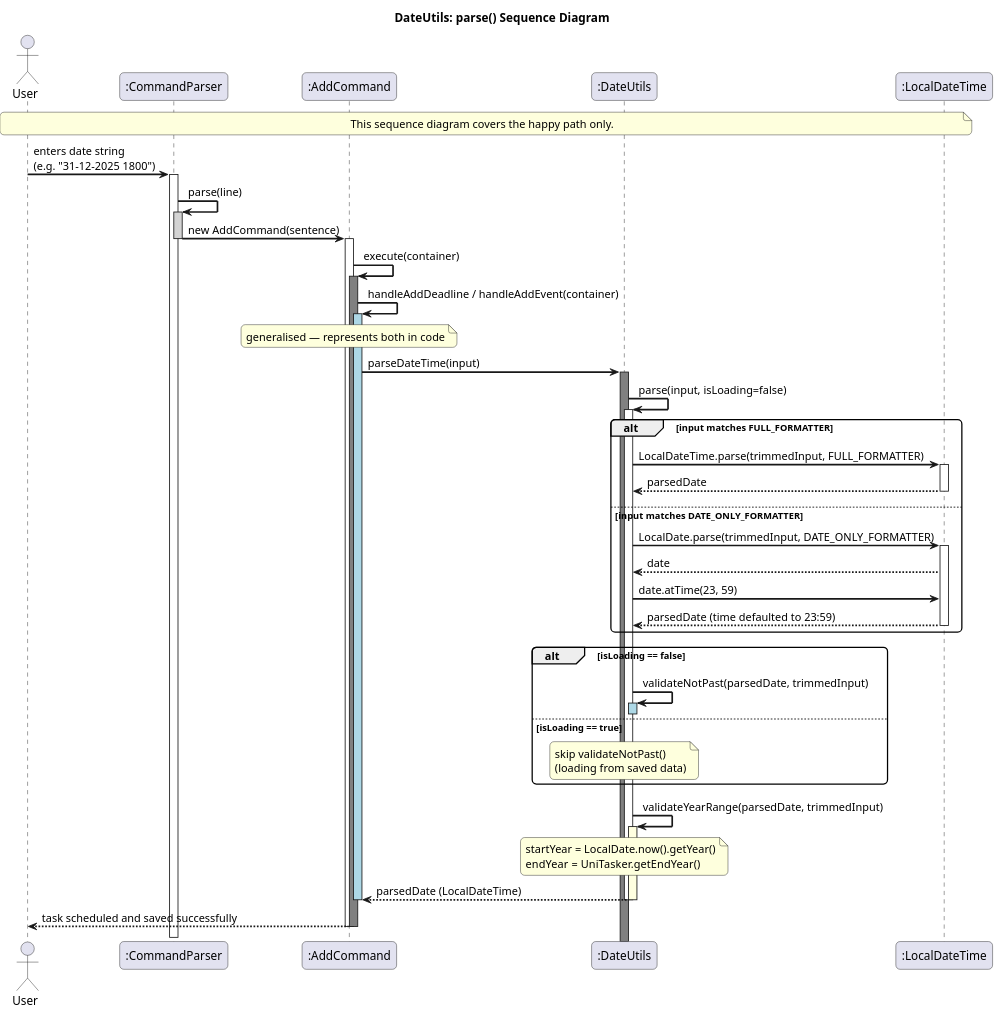
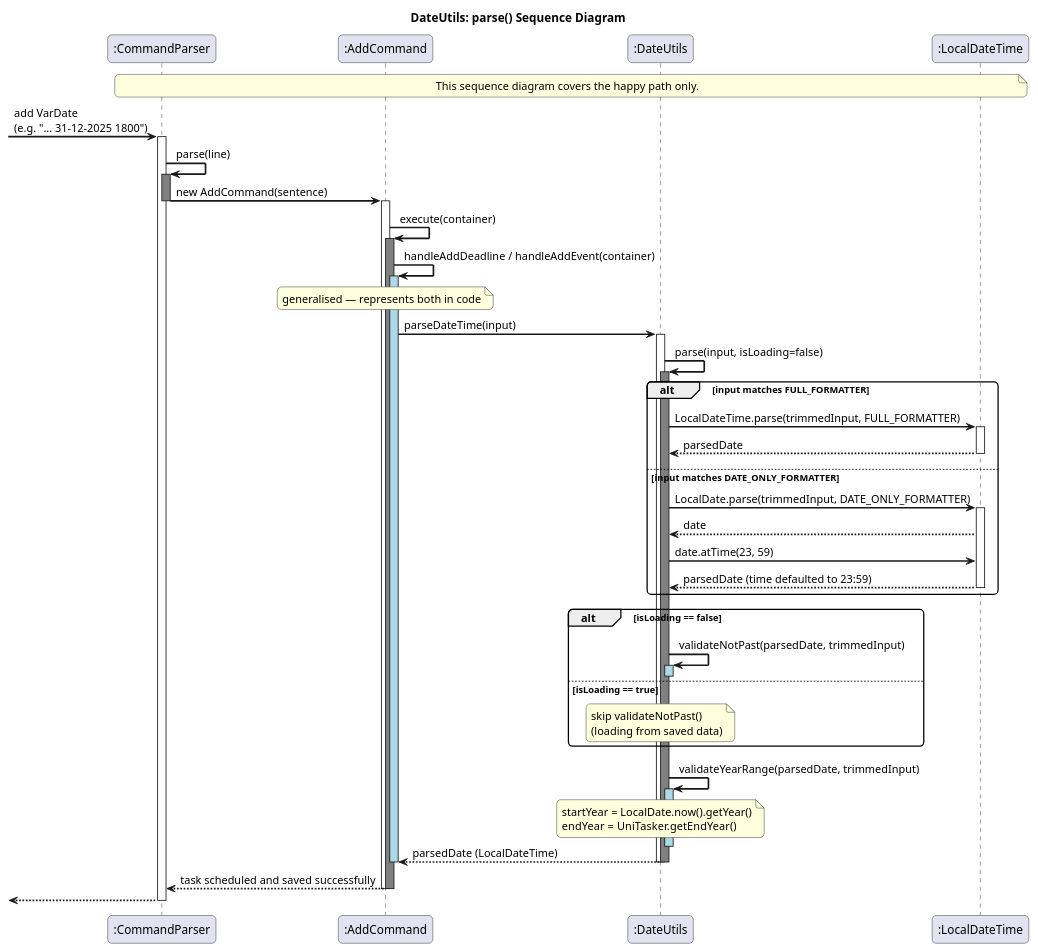
Before and after one commit to WenJunYu5984/tp: the diagram in docs/puml/DateUtils.puml, drawn with PlantUML. The commit also changed 1 other file, not shown here.

Commit message:
UML changes

```diff
--- a/docs/puml/DateUtils.puml
+++ b/docs/puml/DateUtils.puml
@@ -1,77 +1,79 @@
 @startuml DateUtilsSequenceDiagram
 !pragma teoz true
+
 
 skinparam sequenceArrowThickness 2
 skinparam roundcorner 10
 
 title DateUtils: parse() Sequence Diagram
 
-actor User
 participant ":CommandParser" as CP
 participant ":AddCommand" as AC
 participant ":DateUtils" as DU
 participant ":LocalDateTime" as LDT
 
-note over User, LDT : This sequence diagram covers the happy path only.
+note over CP, LDT : This sequence diagram covers the happy path only.
 
-User -> CP : enters date string\n(e.g. "31-12-2025 1800")
+-> CP : add VarDate \n(e.g. "... 31-12-2025 1800")
 activate CP
 
 CP -> CP : parse(line)
-activate CP #lightgray
+activate CP #gray
 CP -> AC : new AddCommand(sentence)
 deactivate CP
 
 activate AC
 AC -> AC : execute(container)
 activate AC #gray
 
 AC -> AC : handleAddDeadline / handleAddEvent(container)
 activate AC #lightblue
 note over AC : generalised — represents both in code
 
 AC -> DU : parseDateTime(input)
-activate DU #gray
+activate DU #white
 
 DU -> DU : parse(input, isLoading=false)
-activate DU #white
+activate DU #grey
 
 alt input matches FULL_FORMATTER
     DU -> LDT : LocalDateTime.parse(trimmedInput, FULL_FORMATTER)
     activate LDT
     LDT --> DU : parsedDate
     deactivate LDT
 
 else input matches DATE_ONLY_FORMATTER
     DU -> LDT : LocalDate.parse(trimmedInput, DATE_ONLY_FORMATTER)
     activate LDT
     LDT --> DU : date
     DU -> LDT : date.atTime(23, 59)
     LDT --> DU : parsedDate (time defaulted to 23:59)
     deactivate LDT
 end
 
 alt isLoading == false
     DU -> DU : validateNotPast(parsedDate, trimmedInput)
     activate DU #lightblue
     deactivate DU
 
 else isLoading == true
     note over DU : skip validateNotPast()\n(loading from saved data)
 end
 
 DU -> DU : validateYearRange(parsedDate, trimmedInput)
-activate DU #lightyellow
+activate DU #lightblue
 note over DU : startYear = LocalDate.now().getYear()\nendYear = UniTasker.getEndYear()
+deactivate DU
 
 DU --> AC : parsedDate (LocalDateTime)
 deactivate DU
 deactivate DU
 deactivate AC
-AC --> User : task scheduled and saved successfully
+AC --> CP: task scheduled and saved successfully
 deactivate AC
 deactivate AC
+<-- CP:
 
 deactivate CP
 
 @enduml
```
